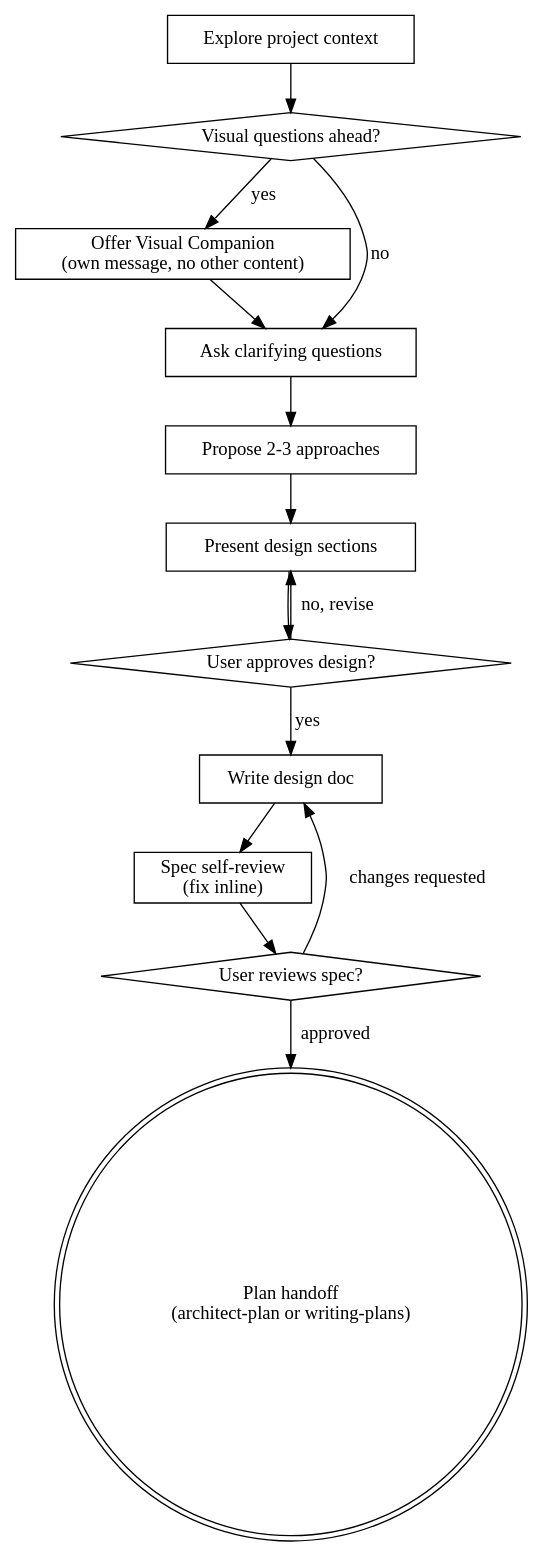
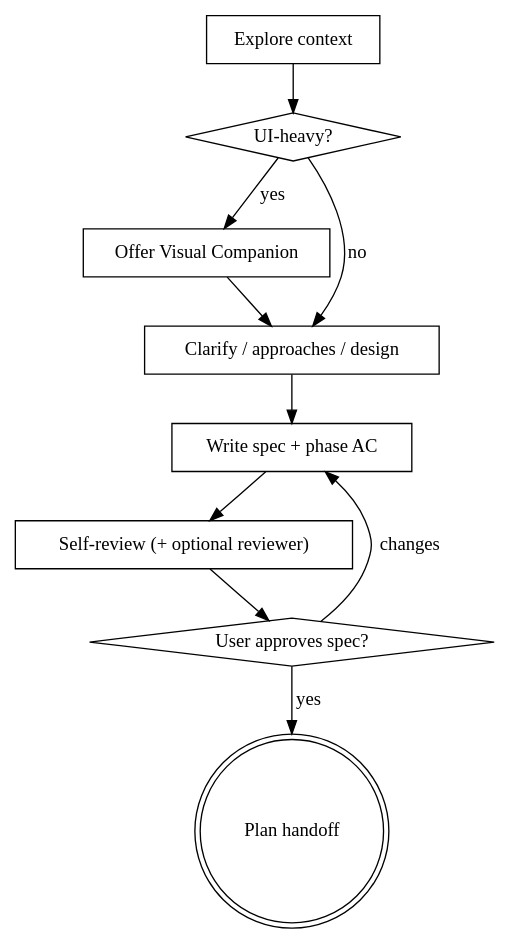
One commit to duongvanhaiwork-coder/workspace changed the diagram in skills/brainstorming/SKILL.md. Above: the diagram before and after it, drawn with Graphviz. The commit also changed other lines of this file and 40 other files, not shown here.

````diff
--- a/skills/brainstorming/SKILL.md
+++ b/skills/brainstorming/SKILL.md
@@ -36,29 +76,22 @@
 ```dot
 digraph brainstorming {
-    "Explore project context" [shape=box];
-    "Visual questions ahead?" [shape=diamond];
-    "Offer Visual Companion\n(own message, no other content)" [shape=box];
-    "Ask clarifying questions" [shape=box];
-    "Propose 2-3 approaches" [shape=box];
-    "Present design sections" [shape=box];
-    "User approves design?" [shape=diamond];
-    "Write design doc" [shape=box];
-    "Spec self-review\n(fix inline)" [shape=box];
-    "User reviews spec?" [shape=diamond];
-    "Plan handoff\n(architect-plan or writing-plans)" [shape=doublecircle];
+    "Explore context" [shape=box];
+    "UI-heavy?" [shape=diamond];
+    "Offer Visual Companion" [shape=box];
+    "Clarify / approaches / design" [shape=box];
+    "Write spec + phase AC" [shape=box];
+    "Self-review (+ optional reviewer)" [shape=box];
+    "User approves spec?" [shape=diamond];
+    "Plan handoff" [shape=doublecircle];
 
-    "Explore project context" -> "Visual questions ahead?";
-    "Visual questions ahead?" -> "Offer Visual Companion\n(own message, no other content)" [label="yes"];
-    "Visual questions ahead?" -> "Ask clarifying questions" [label="no"];
-    "Offer Visual Companion\n(own message, no other content)" -> "Ask clarifying questions";
-    "Ask clarifying questions" -> "Propose 2-3 approaches";
-    "Propose 2-3 approaches" -> "Present design sections";
-    "Present design sections" -> "User approves design?";
-    "User approves design?" -> "Present design sections" [label="no, revise"];
-    "User approves design?" -> "Write design doc" [label="yes"];
-    "Write design doc" -> "Spec self-review\n(fix inline)";
-    "Spec self-review\n(fix inline)" -> "User reviews spec?";
-    "User reviews spec?" -> "Write design doc" [label="changes requested"];
-    "User reviews spec?" -> "Plan handoff\n(architect-plan or writing-plans)" [label="approved"];
+    "Explore context" -> "UI-heavy?";
+    "UI-heavy?" -> "Offer Visual Companion" [label="yes"];
+    "UI-heavy?" -> "Clarify / approaches / design" [label="no"];
+    "Offer Visual Companion" -> "Clarify / approaches / design";
+    "Clarify / approaches / design" -> "Write spec + phase AC";
+    "Write spec + phase AC" -> "Self-review (+ optional reviewer)";
+    "Self-review (+ optional reviewer)" -> "User approves spec?";
+    "User approves spec?" -> "Write spec + phase AC" [label="changes"];
+    "User approves spec?" -> "Plan handoff" [label="yes"];
 }
 ```
````
